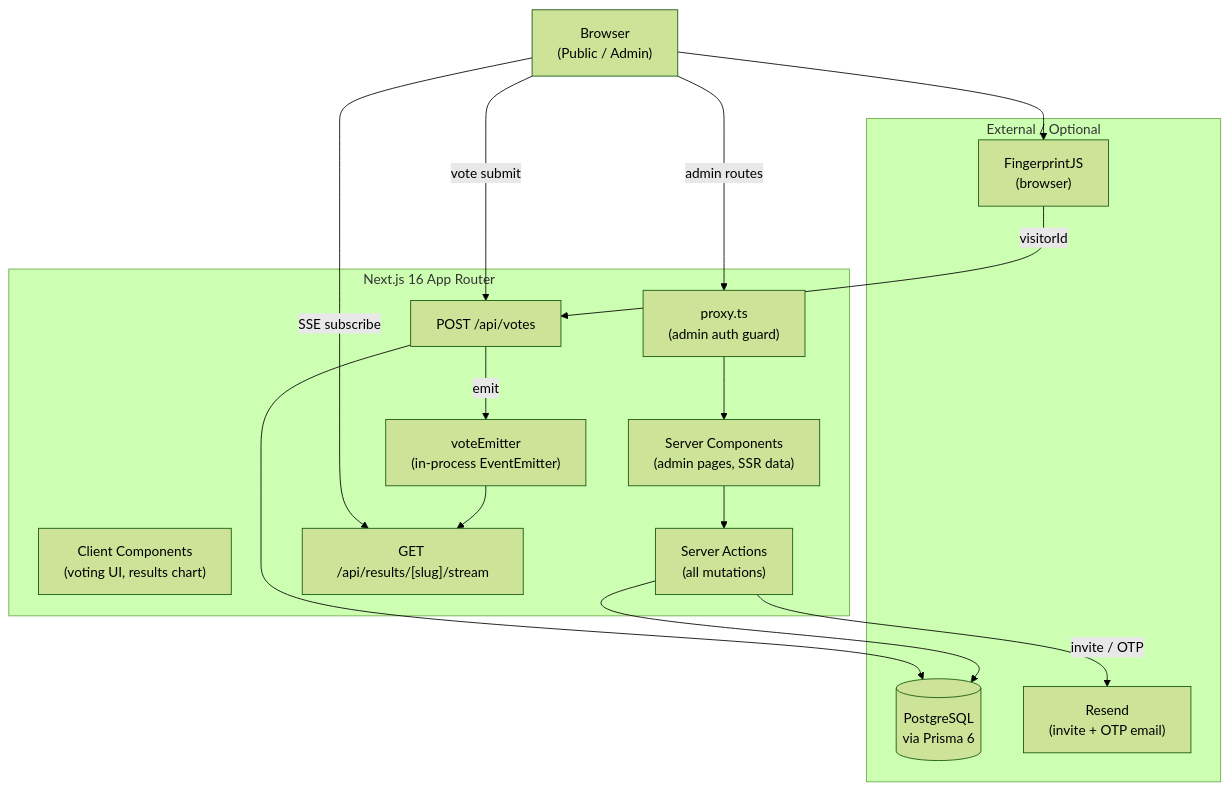
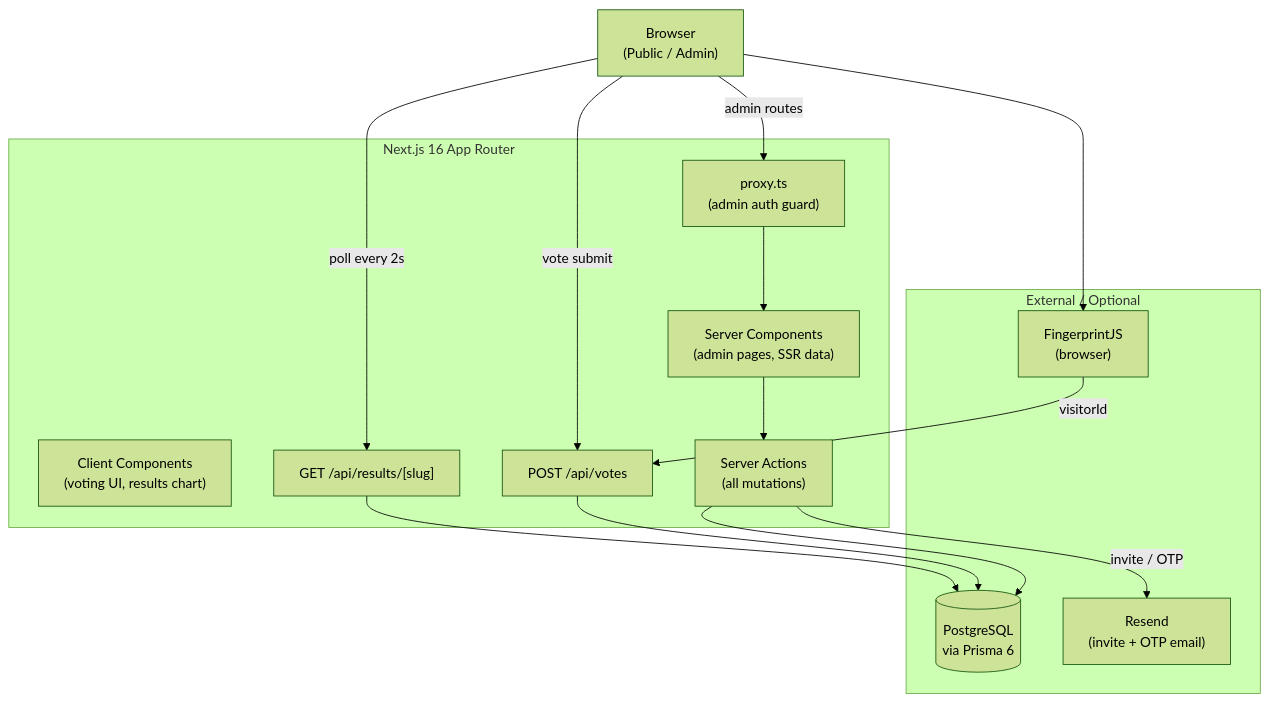
Before and after one commit to Delight-Fela-Steve/voting-app: the first of 3 diagrams in README.md, drawn with Mermaid (forest theme). The commit also changed other lines of this file and 7 other files, not shown here.

````diff
--- a/README.md
+++ b/README.md
@@ -47,33 +47,31 @@
 ```mermaid
 flowchart TD
     Browser["Browser\n(Public / Admin)"]
 
     subgraph nextjs ["Next.js 16 App Router"]
         Proxy["proxy.ts\n(admin auth guard)"]
         SC["Server Components\n(admin pages, SSR data)"]
         CC["Client Components\n(voting UI, results chart)"]
         SA["Server Actions\n(all mutations)"]
         APIVote["POST /api/votes"]
-        APISSE["GET /api/results/[slug]/stream"]
-        Emitter["voteEmitter\n(in-process EventEmitter)"]
+        APIResults["GET /api/results/[slug]"]
     end
 
     subgraph infra ["External / Optional"]
         PG[("PostgreSQL\nvia Prisma 6")]
         Resend["Resend\n(invite + OTP email)"]
         FP["FingerprintJS\n(browser)"]
     end
 
     Browser -->|"admin routes"| Proxy
     Proxy --> SC
     SC --> SA
     SA --> PG
     Browser -->|"vote submit"| APIVote
     APIVote --> PG
-    APIVote -->|"emit"| Emitter
-    Emitter --> APISSE
-    Browser -->|"SSE subscribe"| APISSE
+    Browser -->|"poll every 2s"| APIResults
+    APIResults --> PG
     Browser --> FP
     FP -->|"visitorId"| APIVote
     SA -->|"invite / OTP"| Resend
 ```
````
